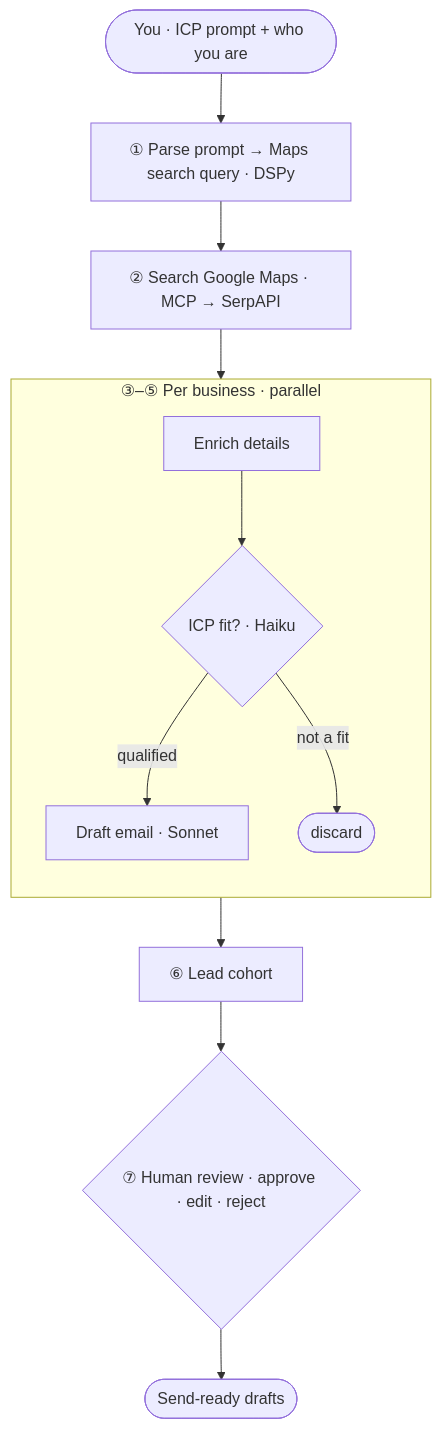
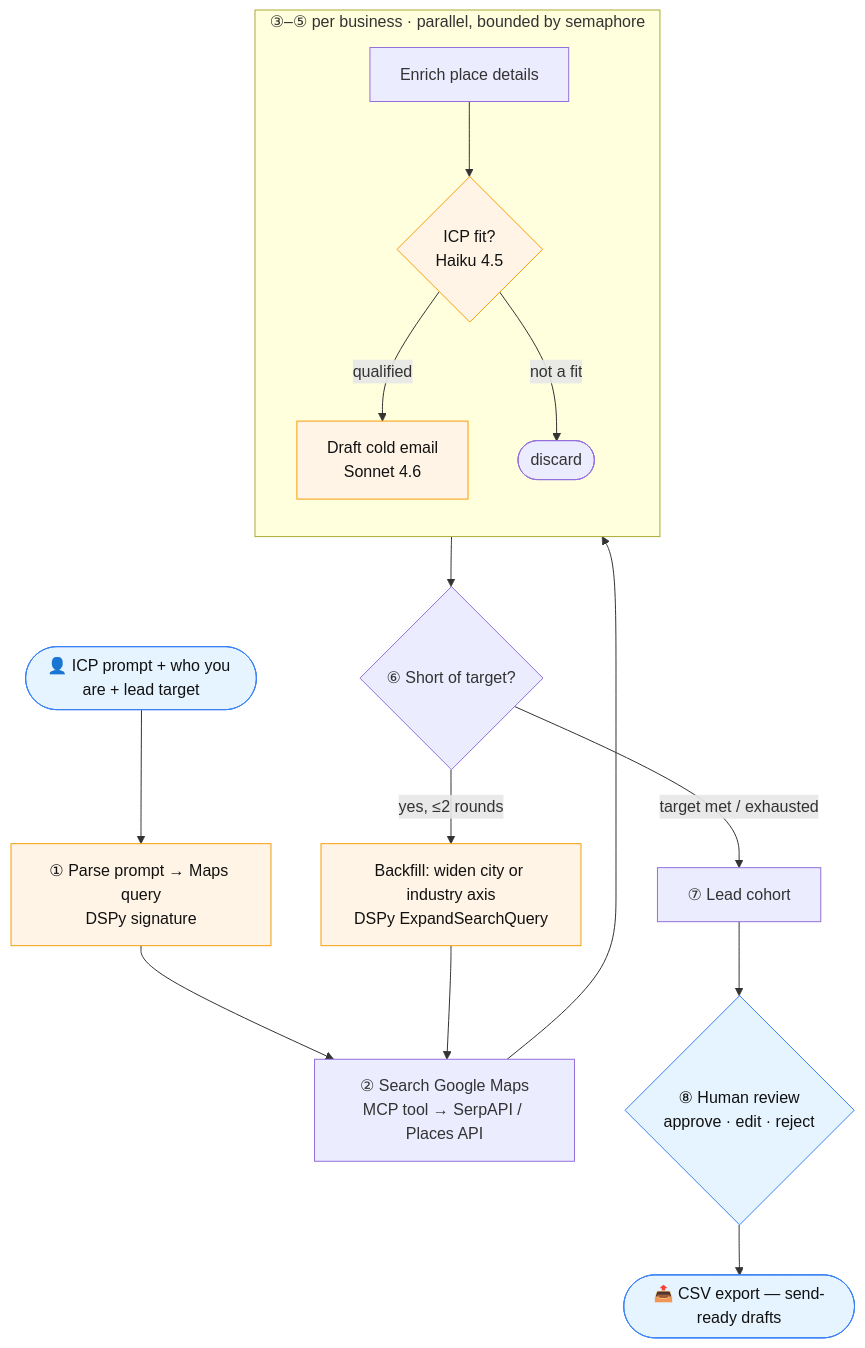
The first of 2 diagrams in README.md (KVM1L03/lead-ia), drawn with Mermaid before and after one commit. The commit also changed other lines of this file and 5 other files, not shown here.

````diff
--- a/README.md
+++ b/README.md
@@ -41,25 +48,34 @@
 ```mermaid
 flowchart TB
-    START(["You · ICP prompt + who you are"])
+    START(["👤 ICP prompt + who you are + lead target"])
 
-    START --> PARSE["① Parse prompt → Maps search query · DSPy"]
-    PARSE --> SEARCH["② Search Google Maps · MCP → SerpAPI"]
+    START --> PARSE["① Parse prompt → Maps query<br/>DSPy signature"]
+    PARSE --> SEARCH["② Search Google Maps<br/>MCP tool → SerpAPI / Places API"]
 
     SEARCH --> LOOP
 
-    subgraph LOOP["③–⑤ Per business · parallel"]
+    subgraph LOOP["③–⑤ per business · parallel, bounded by semaphore"]
         direction TB
-        ENRICH["Enrich details"]
-        QUAL{"ICP fit? · Haiku"}
-        EMAIL["Draft email · Sonnet"]
+        ENRICH["Enrich place details"]
+        QUAL{"ICP fit?<br/>Haiku 4.5"}
+        EMAIL["Draft cold email<br/>Sonnet 4.6"]
         DROP([discard])
 
         ENRICH --> QUAL
         QUAL -->|qualified| EMAIL
         QUAL -->|not a fit| DROP
     end
 
-    LOOP --> COHORT["⑥ Lead cohort"]
-    COHORT --> REVIEW{"⑦ Human review · approve · edit · reject"}
-    REVIEW --> OUT(["Send-ready drafts"])
+    LOOP --> SHORT{"⑥ Short of target?"}
+    SHORT -->|yes, ≤2 rounds| BACKFILL["Backfill: widen city or industry axis<br/>DSPy ExpandSearchQuery"]
+    BACKFILL --> SEARCH
+    SHORT -->|target met / exhausted| COHORT["⑦ Lead cohort"]
+
+    COHORT --> REVIEW{"⑧ Human review<br/>approve · edit · reject"}
+    REVIEW --> OUT(["📤 CSV export — send-ready drafts"])
+
+    classDef ai fill:#fff4e6,stroke:#f59e0b,color:#111
+    classDef human fill:#e6f4ff,stroke:#3b82f6,color:#111
+    class PARSE,QUAL,EMAIL,BACKFILL ai
+    class START,REVIEW,OUT human
 ```
````
